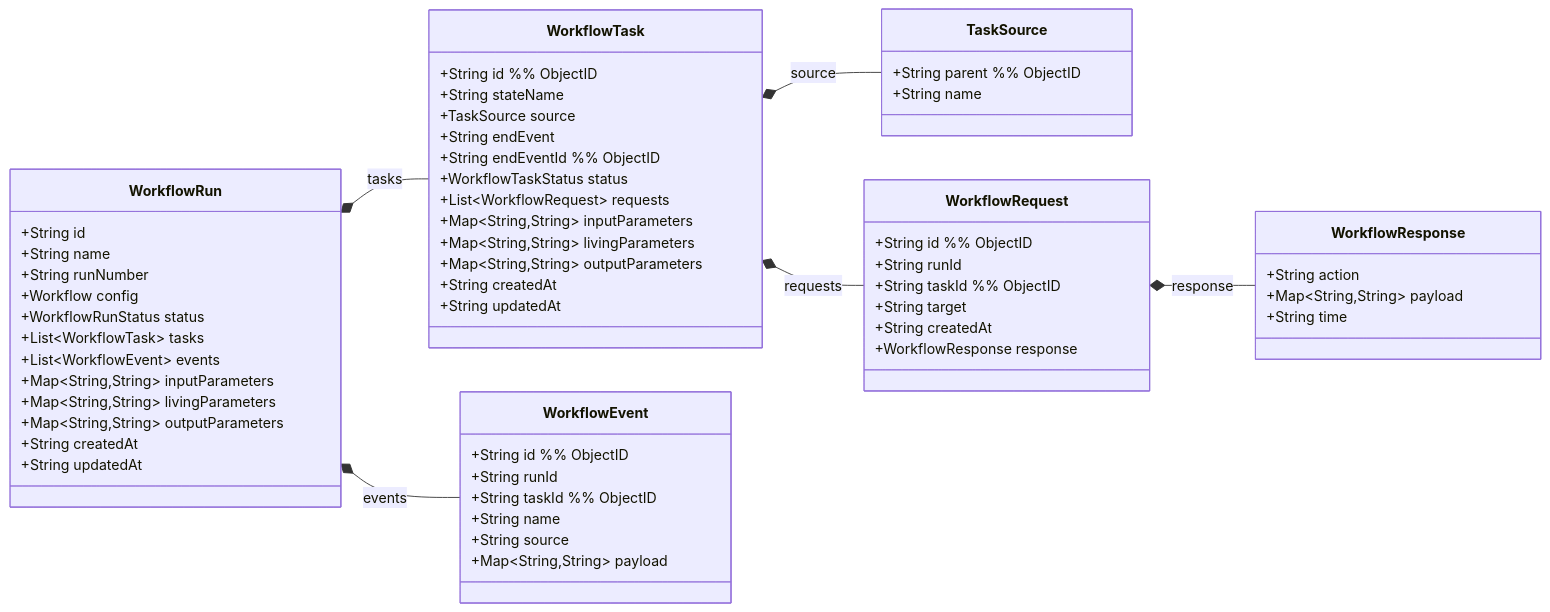
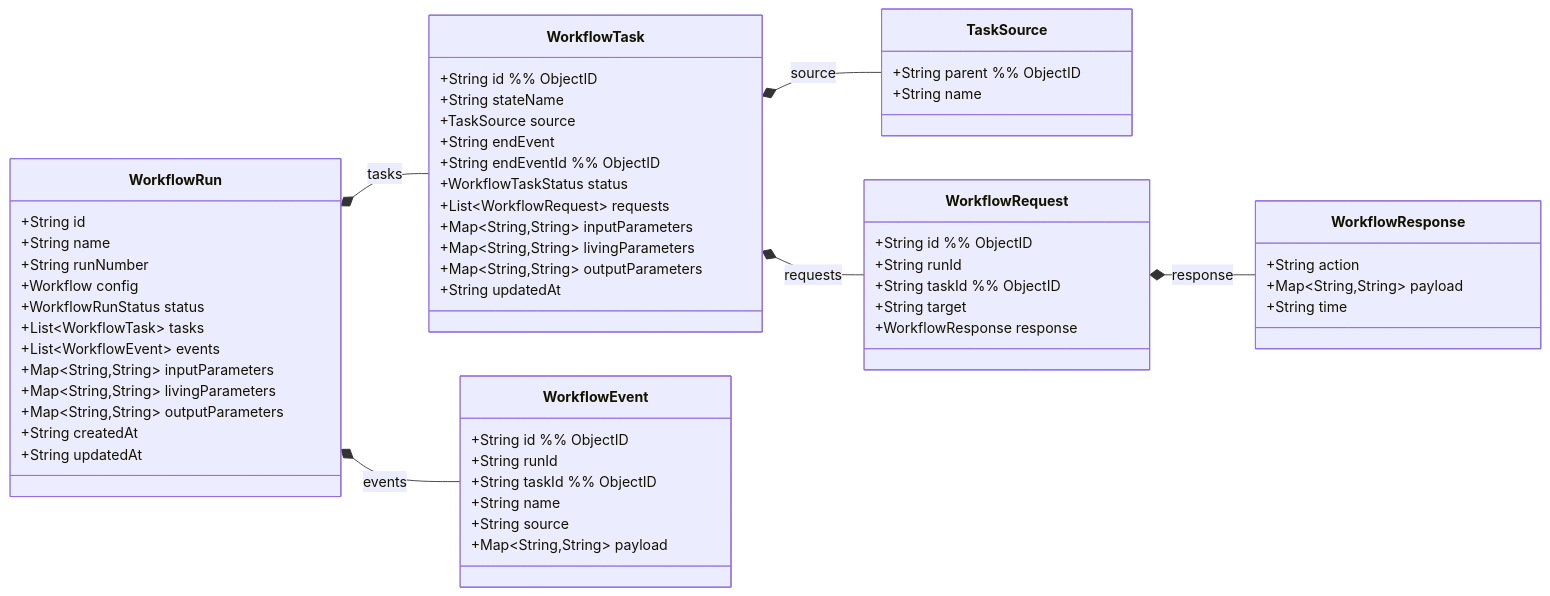
Before and after one commit to lchrennew/es-workflow: the first of 8 diagrams in docs/design/20-runtime-domain.md, drawn with Mermaid. The commit also changed other lines of this file and 7 other files, not shown here.

````diff
--- a/docs/design/20-runtime-domain.md
+++ b/docs/design/20-runtime-domain.md
@@ -21,70 +21,68 @@
 ```mermaid
 
 classDiagram
 direction LR
 
 class WorkflowRun {
   +String id
   +String name
   +String runNumber
   +Workflow config
   +WorkflowRunStatus status
   +List~WorkflowTask~ tasks
   +List~WorkflowEvent~ events
   +Map~String,String~ inputParameters
   +Map~String,String~ livingParameters
   +Map~String,String~ outputParameters
   +String createdAt
   +String updatedAt
 }
 
 class WorkflowTask {
   +String id  %% ObjectID
   +String stateName
   +TaskSource source
   +String endEvent
   +String endEventId  %% ObjectID
   +WorkflowTaskStatus status
   +List~WorkflowRequest~ requests
   +Map~String,String~ inputParameters
   +Map~String,String~ livingParameters
   +Map~String,String~ outputParameters
-  +String createdAt
   +String updatedAt
 }
 
 class TaskSource {
   +String parent  %% ObjectID
   +String name
 }
 
 class WorkflowRequest {
   +String id  %% ObjectID
   +String runId
   +String taskId  %% ObjectID
   +String target
-  +String createdAt
   +WorkflowResponse response
 }
 
 class WorkflowResponse {
   +String action
   +Map~String,String~ payload
   +String time
 }
 
 class WorkflowEvent {
   +String id  %% ObjectID
   +String runId
   +String taskId  %% ObjectID
   +String name
   +String source
   +Map~String,String~ payload
 }
 
 WorkflowRun *-- WorkflowTask : tasks
 WorkflowTask *-- WorkflowRequest : requests
 WorkflowRequest *-- WorkflowResponse : response
 WorkflowRun *-- WorkflowEvent : events
 WorkflowTask *-- TaskSource : source
 ```
````
